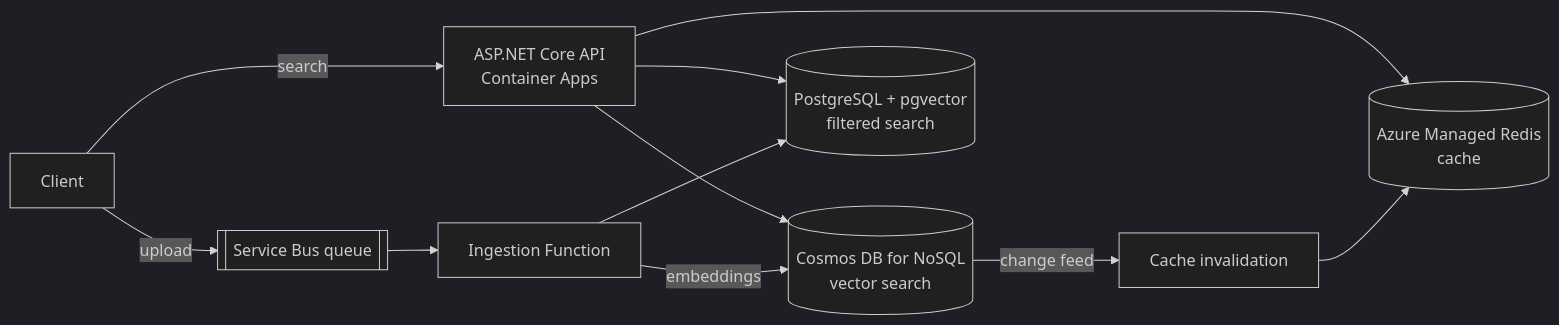
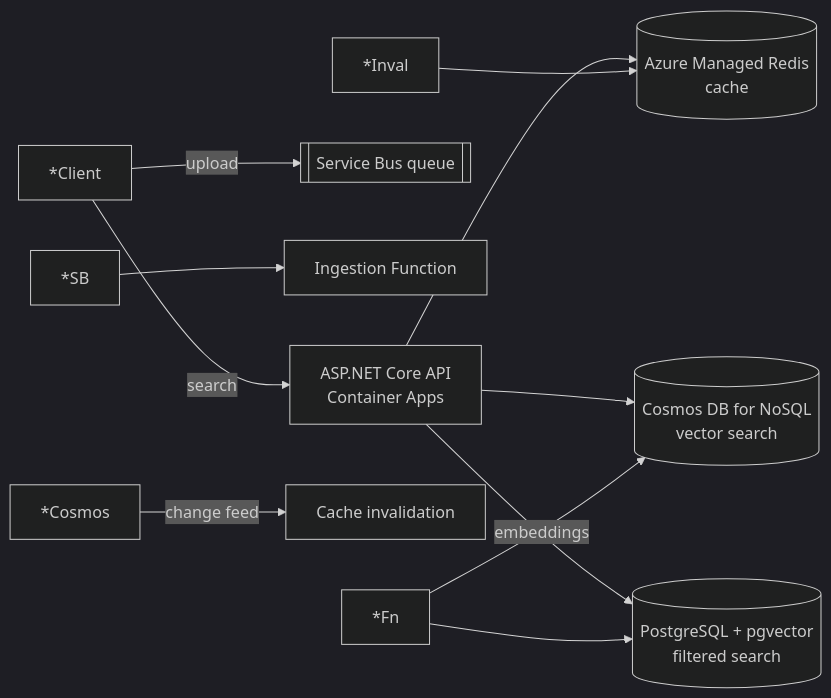
The diagram in README.md (Fkitchell/RagSearch), drawn with Mermaid (dark theme) before and after one commit. The commit also changed other lines of this file, not shown here.

Commit message:
Update architecture diagram and improve README clarity

````diff
--- a/README.md
+++ b/README.md
@@ -13,13 +13,13 @@
 ```mermaid
 flowchart LR
-    Client -->|search| API[ASP.NET Core API<br/>Container Apps]
+    *Client -->|search| API[ASP.NET Core API<br/>Container Apps]
     API --> Redis[(Azure Managed Redis<br/>cache)]
     API --> Cosmos[(Cosmos DB for NoSQL<br/>vector search)]
     API --> PG[(PostgreSQL + pgvector<br/>filtered search)]
-    Client -->|upload| SB[[Service Bus queue]]
-    SB --> Fn[Ingestion Function]
-    Fn -->|embeddings| Cosmos
-    Fn --> PG
-    Cosmos -->|change feed| Inval[Cache invalidation]
-    Inval --> Redis
+    *Client -->|upload| SB[[Service Bus queue]]
+    *SB --> Fn[Ingestion Function]
+    *Fn -->|embeddings| Cosmos
+    *Fn --> PG
+    *Cosmos -->|change feed| Inval[Cache invalidation]
+    *Inval --> Redis
 ```
````
